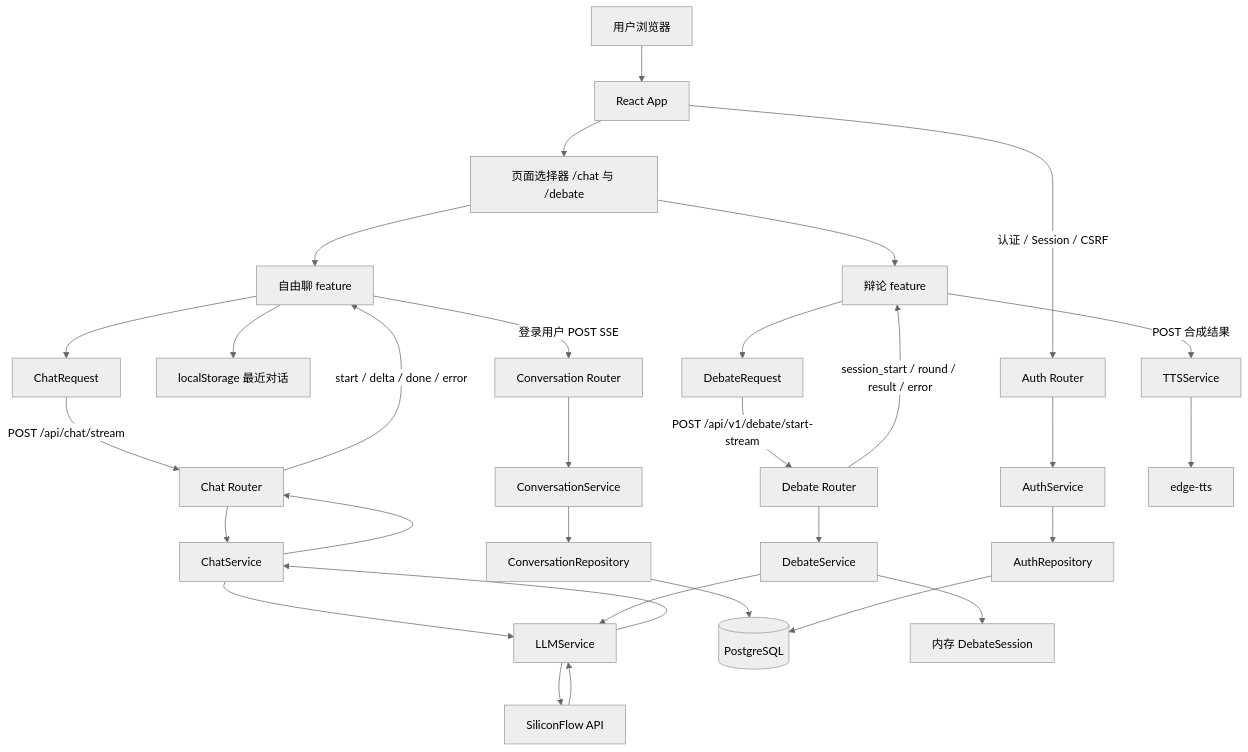
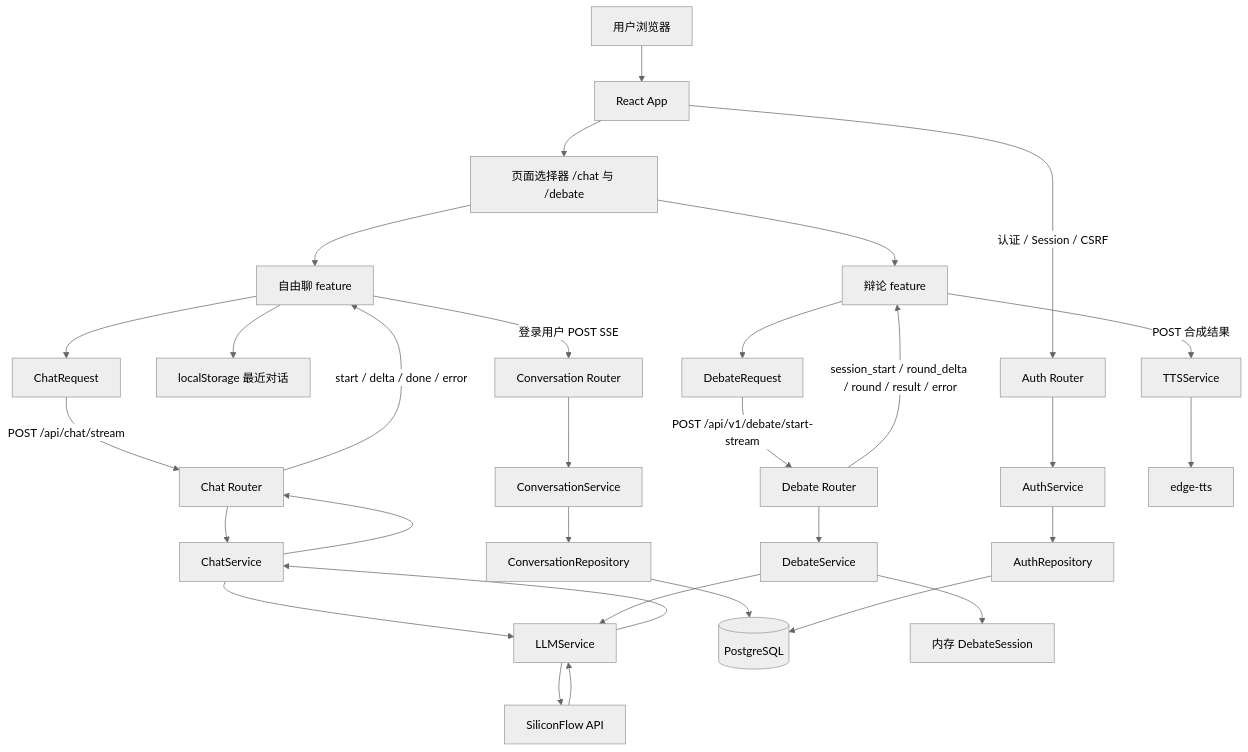
The second of 6 diagrams in docs/system_design.md (wez798/cyber-foodie-debate), drawn with Mermaid (neutral theme) before and after one commit. The commit also changed other lines of this file and 27 other files, not shown here.

````diff
--- a/docs/system_design.md
+++ b/docs/system_design.md
@@ -51,35 +51,35 @@
 ```mermaid
 graph TB
     U[用户浏览器] --> R[React App]
     R --> SW[页面选择器 /chat 与 /debate]
 
     SW --> CHAT[自由聊 feature]
     CHAT --> CR[ChatRequest]
     CR -->|POST /api/chat/stream| CAR[Chat Router]
     CAR --> CS[ChatService]
     CS --> LLM[LLMService]
     LLM --> SF[SiliconFlow API]
     SF --> LLM
     LLM --> CS
     CS --> CAR
     CAR -->|start / delta / done / error| CHAT
     CHAT --> LS[localStorage 最近对话]
     CHAT -->|登录用户 POST SSE| PCR[Conversation Router]
     PCR --> PCS[ConversationService]
     PCS --> PR[ConversationRepository]
     PR --> PG[(PostgreSQL)]
     R -->|认证 / Session / CSRF| AR[Auth Router]
     AR --> AS[AuthService]
     AS --> ARepo[AuthRepository]
     ARepo --> PG
 
     SW --> DEBATE[辩论 feature]
     DEBATE --> DR[DebateRequest]
     DR -->|POST /api/v1/debate/start-stream| DAR[Debate Router]
     DAR --> DS[DebateService]
     DS --> LLM
     DS --> MEM[内存 DebateSession]
-    DAR -->|session_start / round / result / error| DEBATE
+    DAR -->|session_start / round_delta / round / result / error| DEBATE
     DEBATE -->|POST 合成结果| TTS[TTSService]
     TTS --> EDGE[edge-tts]
 ```
````
